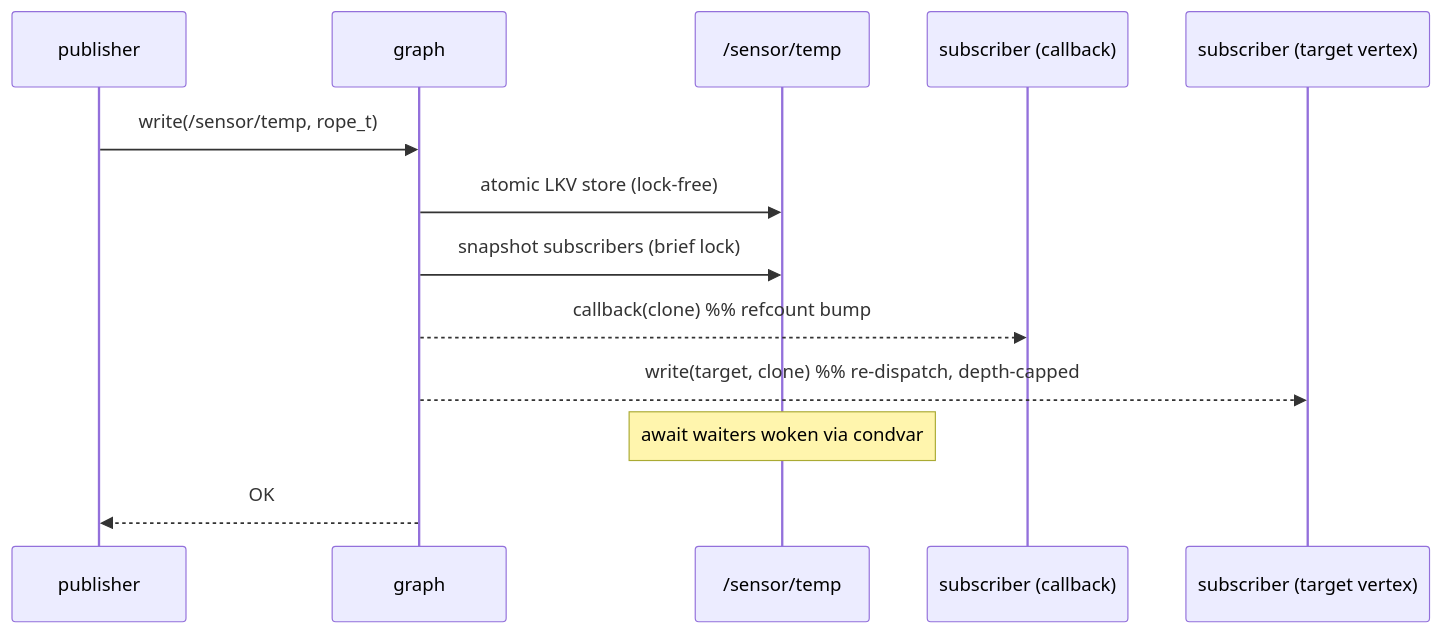
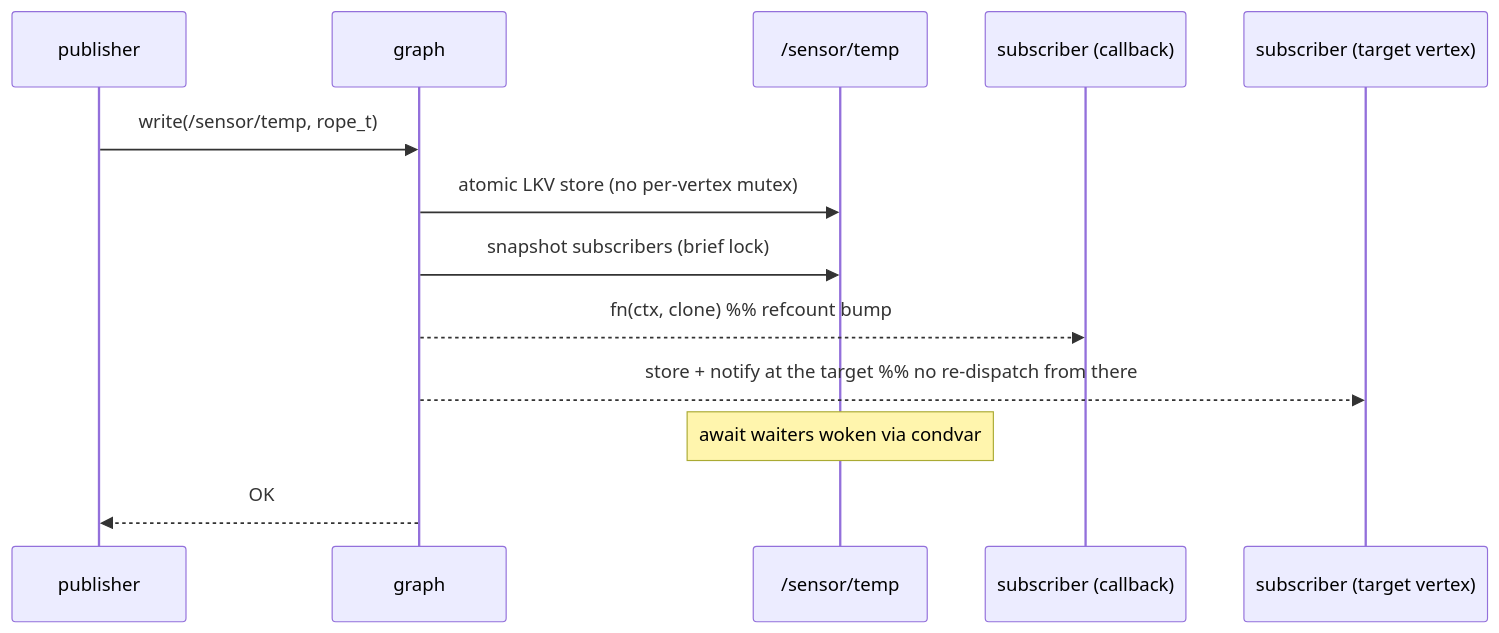
One commit to avatarsd-llc/libtracer changed the diagram in docs/modules/graph.md. Above: the diagram before and after it, drawn with Mermaid. The commit also changed other lines of this file and 45 other files, not shown here.

````diff
--- a/docs/modules/graph.md
+++ b/docs/modules/graph.md
@@ -97,15 +257,15 @@
 ```{mermaid}
 sequenceDiagram
     participant P as publisher
     participant G as graph
     participant V as /sensor/temp
     participant S1 as subscriber (callback)
     participant S2 as subscriber (target vertex)
     P->>G: write(/sensor/temp, rope_t)
-    G->>V: atomic LKV store (lock-free)
+    G->>V: atomic LKV store (no per-vertex mutex)
     G->>V: snapshot subscribers (brief lock)
-    G-->>S1: callback(clone)  %% refcount bump
-    G-->>S2: write(target, clone)  %% re-dispatch, depth-capped
+    G-->>S1: fn(ctx, clone)  %% refcount bump
+    G-->>S2: store + notify at the target  %% no re-dispatch from there
     Note over V: await waiters woken via condvar
     G-->>P: OK
 ```
````
